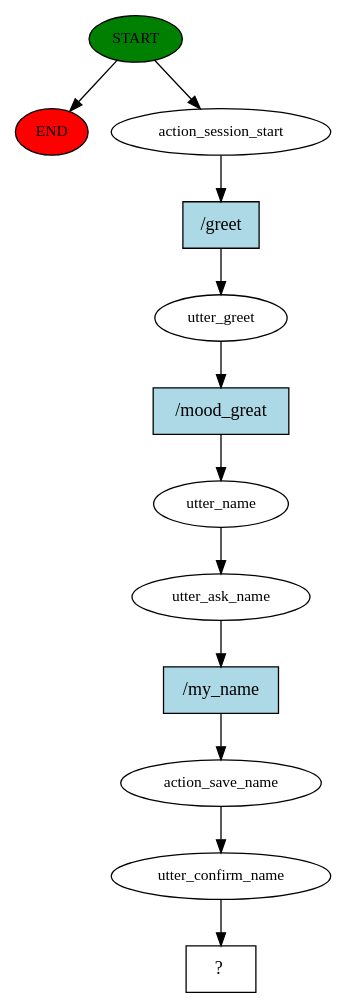
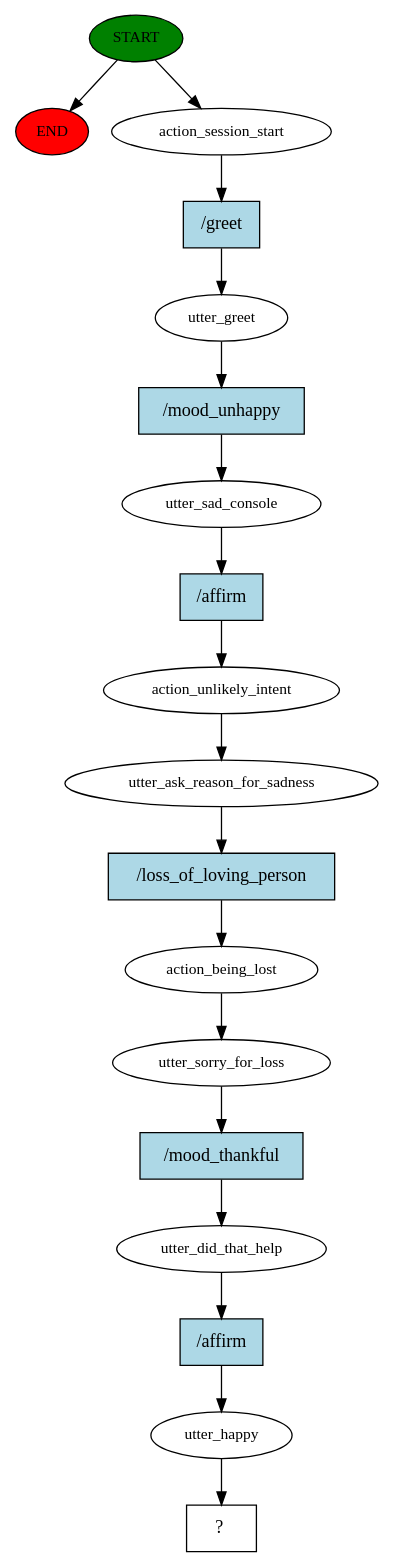
One commit to ColonelAVP/Wellness_Assistant_Raze changed the diagram in story_graph.dot. Above: the diagram before and after it, drawn with Graphviz. The commit also changed 202 other files, not shown here.

```diff
--- a/story_graph.dot
+++ b/story_graph.dot
@@ -1,25 +1,37 @@
 digraph  {
 0 [class="start active", fillcolor=green, fontsize=12, label=START, style=filled];
 "-1" [class=end, fillcolor=red, fontsize=12, label=END, style=filled];
 1 [class=active, fontsize=12, label=action_session_start];
 2 [class=active, fontsize=12, label=utter_greet];
-3 [class=active, fontsize=12, label=utter_name];
-4 [class=active, fontsize=12, label=utter_ask_name];
-5 [class=active, fontsize=12, label=action_save_name];
-6 [class=active, fontsize=12, label=utter_confirm_name];
-7 [class="intent dashed active", label="  ?  ", shape=rect];
-8 [class="intent active", fillcolor=lightblue, label="/greet", shape=rect, style=filled];
-9 [class="intent active", fillcolor=lightblue, label="/mood_great", shape=rect, style=filled];
-10 [class="intent active", fillcolor=lightblue, label="/my_name", shape=rect, style=filled];
+3 [class=active, fontsize=12, label=utter_sad_console];
+4 [class=active, fontsize=12, label=action_unlikely_intent];
+5 [class=active, fontsize=12, label=utter_ask_reason_for_sadness];
+6 [class=active, fontsize=12, label=action_being_lost];
+7 [class=active, fontsize=12, label=utter_sorry_for_loss];
+8 [class=active, fontsize=12, label=utter_did_that_help];
+9 [class=active, fontsize=12, label=utter_happy];
+10 [class="intent dashed active", label="  ?  ", shape=rect];
+11 [class="intent active", fillcolor=lightblue, label="/greet", shape=rect, style=filled];
+12 [class="intent active", fillcolor=lightblue, label="/mood_unhappy", shape=rect, style=filled];
+13 [class="intent active", fillcolor=lightblue, label="/affirm", shape=rect, style=filled];
+14 [class="intent active", fillcolor=lightblue, label="/loss_of_loving_person", shape=rect, style=filled];
+15 [class="intent active", fillcolor=lightblue, label="/mood_thankful", shape=rect, style=filled];
+16 [class="intent active", fillcolor=lightblue, label="/affirm", shape=rect, style=filled];
 0 -> "-1"  [class="", key=NONE, label=""];
 0 -> 1  [class=active, key=NONE, label=""];
-1 -> 8  [class=active, key=0];
-2 -> 9  [class=active, key=0];
-3 -> 4  [class=active, key=NONE, label=""];
-4 -> 10  [class=active, key=0];
-5 -> 6  [class=active, key=NONE, label=""];
+1 -> 11  [class=active, key=0];
+2 -> 12  [class=active, key=0];
+3 -> 13  [class=active, key=0];
+4 -> 5  [class=active, key=NONE, label=""];
+5 -> 14  [class=active, key=0];
 6 -> 7  [class=active, key=NONE, label=""];
-8 -> 2  [class=active, key=0];
-9 -> 3  [class=active, key=0];
-10 -> 5  [class=active, key=0];
+7 -> 15  [class=active, key=0];
+8 -> 16  [class=active, key=0];
+9 -> 10  [class=active, key=NONE, label=""];
+11 -> 2  [class=active, key=0];
+12 -> 3  [class=active, key=0];
+13 -> 4  [class=active, key=0];
+14 -> 6  [class=active, key=0];
+15 -> 8  [class=active, key=0];
+16 -> 9  [class=active, key=0];
 }
```
